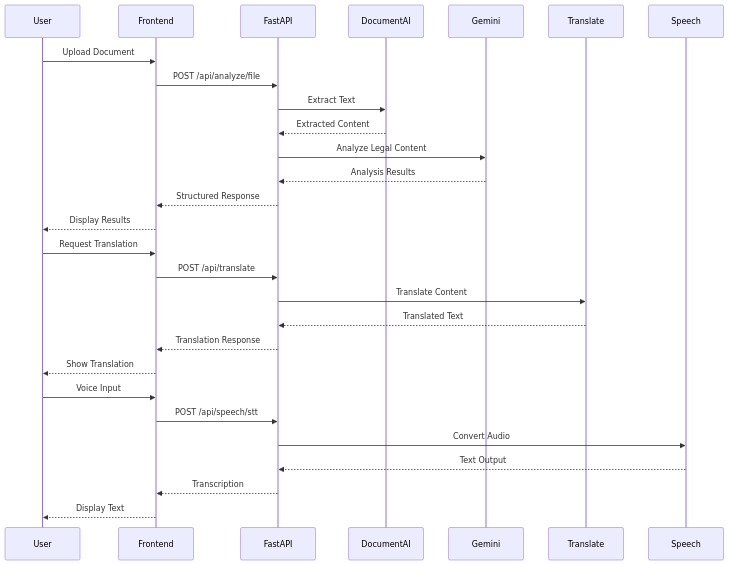
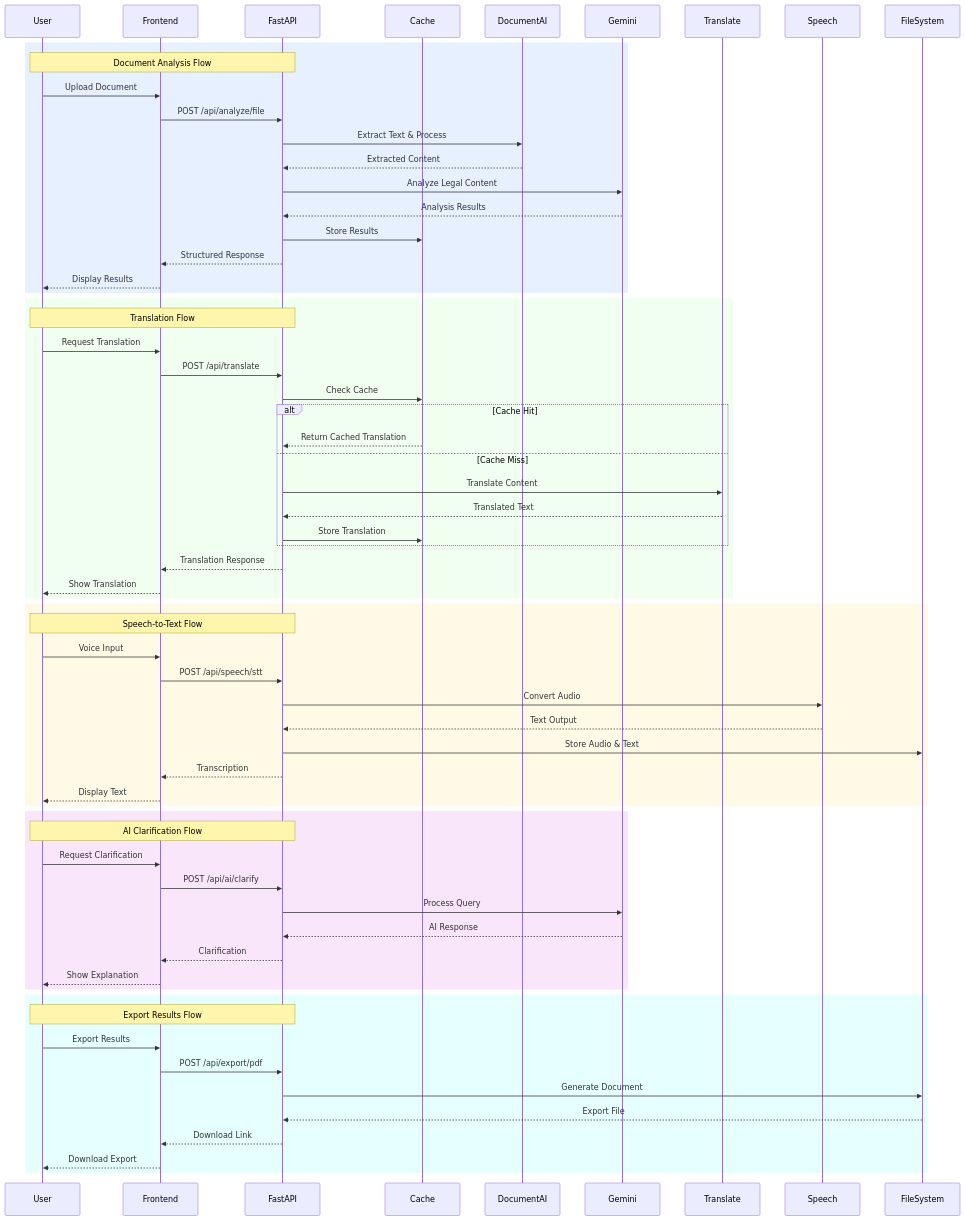
The fourth of 4 diagrams in docs/COMPETITION_PRESENTATION.md (Strizzyy/LegalSaathi), drawn with Mermaid before and after one commit. The commit also changed 14 other files, not shown here.

Commit message:
document upload fix

````diff
--- a/docs/COMPETITION_PRESENTATION.md
+++ b/docs/COMPETITION_PRESENTATION.md
@@ -363,33 +363,78 @@
 ```mermaid
 sequenceDiagram
-    participant User
-    participant Frontend
-    participant FastAPI
-    participant DocumentAI
-    participant Gemini
-    participant Translate
-    participant Speech
-    
-    User->>Frontend: Upload Document
-    Frontend->>FastAPI: POST /api/analyze/file
-    FastAPI->>DocumentAI: Extract Text
-    DocumentAI-->>FastAPI: Extracted Content
-    FastAPI->>Gemini: Analyze Legal Content
-    Gemini-->>FastAPI: Analysis Results
-    FastAPI-->>Frontend: Structured Response
-    Frontend-->>User: Display Results
-    
-    User->>Frontend: Request Translation
-    Frontend->>FastAPI: POST /api/translate
-    FastAPI->>Translate: Translate Content
-    Translate-->>FastAPI: Translated Text
-    FastAPI-->>Frontend: Translation Response
-    Frontend-->>User: Show Translation
-    
-    User->>Frontend: Voice Input
-    Frontend->>FastAPI: POST /api/speech/stt
-    FastAPI->>Speech: Convert Audio
-    Speech-->>FastAPI: Text Output
-    FastAPI-->>Frontend: Transcription
-    Frontend-->>User: Display Text
+    participant U as User
+    participant FE as Frontend
+    participant API as FastAPI
+    participant C as Cache
+    participant DOC as DocumentAI
+    participant G as Gemini
+    participant T as Translate
+    participant S as Speech
+    participant FS as FileSystem
+
+    %% Document Analysis Flow
+    rect rgb(230, 240, 255)
+        Note over U,API: Document Analysis Flow
+        U->>FE: Upload Document
+        FE->>API: POST /api/analyze/file
+        API->>DOC: Extract Text & Process
+        DOC-->>API: Extracted Content
+        API->>G: Analyze Legal Content
+        G-->>API: Analysis Results
+        API->>C: Store Results
+        API-->>FE: Structured Response
+        FE-->>U: Display Results
+    end
+
+    %% Translation Flow
+    rect rgb(240, 255, 240)
+        Note over U,API: Translation Flow
+        U->>FE: Request Translation
+        FE->>API: POST /api/translate
+        API->>C: Check Cache
+        alt Cache Hit
+            C-->>API: Return Cached Translation
+        else Cache Miss
+            API->>T: Translate Content
+            T-->>API: Translated Text
+            API->>C: Store Translation
+        end
+        API-->>FE: Translation Response
+        FE-->>U: Show Translation
+    end
+
+    %% Speech Processing Flow
+    rect rgb(255, 250, 230)
+        Note over U,API: Speech-to-Text Flow
+        U->>FE: Voice Input
+        FE->>API: POST /api/speech/stt
+        API->>S: Convert Audio
+        S-->>API: Text Output
+        API->>FS: Store Audio & Text
+        API-->>FE: Transcription
+        FE-->>U: Display Text
+    end
+
+    %% AI Clarification Flow
+    rect rgb(250, 230, 250)
+        Note over U,API: AI Clarification Flow
+        U->>FE: Request Clarification
+        FE->>API: POST /api/ai/clarify
+        API->>G: Process Query
+        G-->>API: AI Response
+        API-->>FE: Clarification
+        FE-->>U: Show Explanation
+    end
+
+    %% Export Flow
+    rect rgb(230, 255, 255)
+        Note over U,API: Export Results Flow
+        U->>FE: Export Results
+        FE->>API: POST /api/export/pdf
+        API->>FS: Generate Document
+        FS-->>API: Export File
+        API-->>FE: Download Link
+        FE-->>U: Download Export
+    end
+
 ```
````
